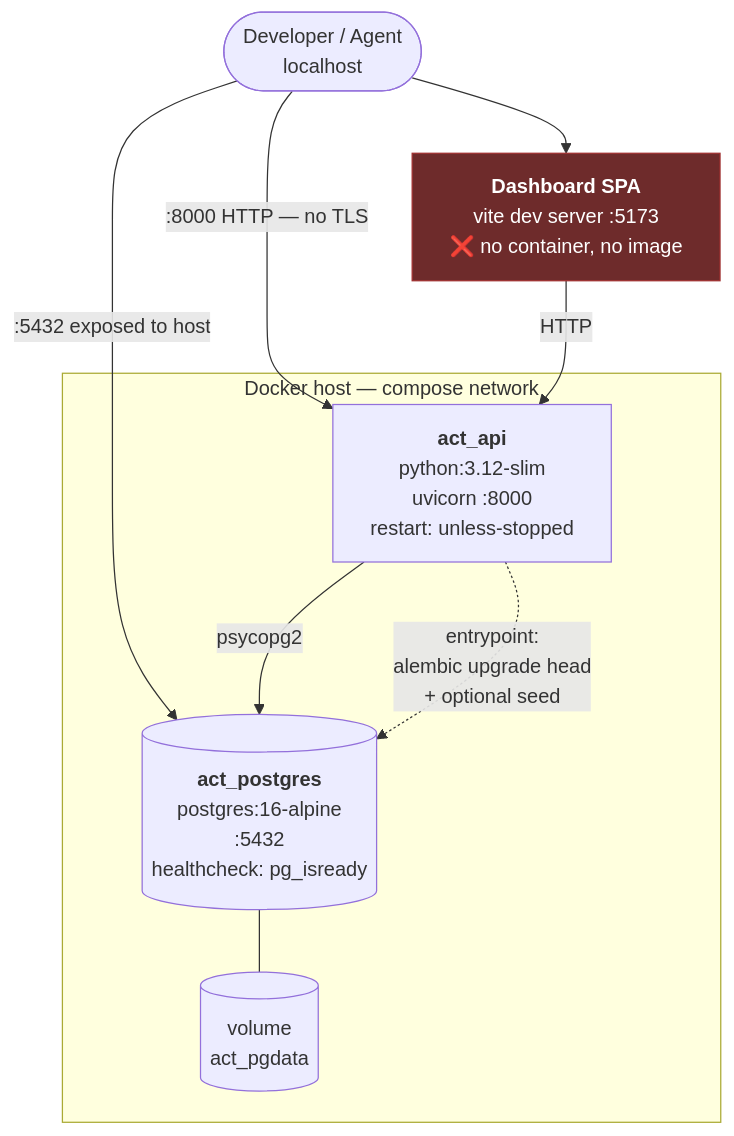
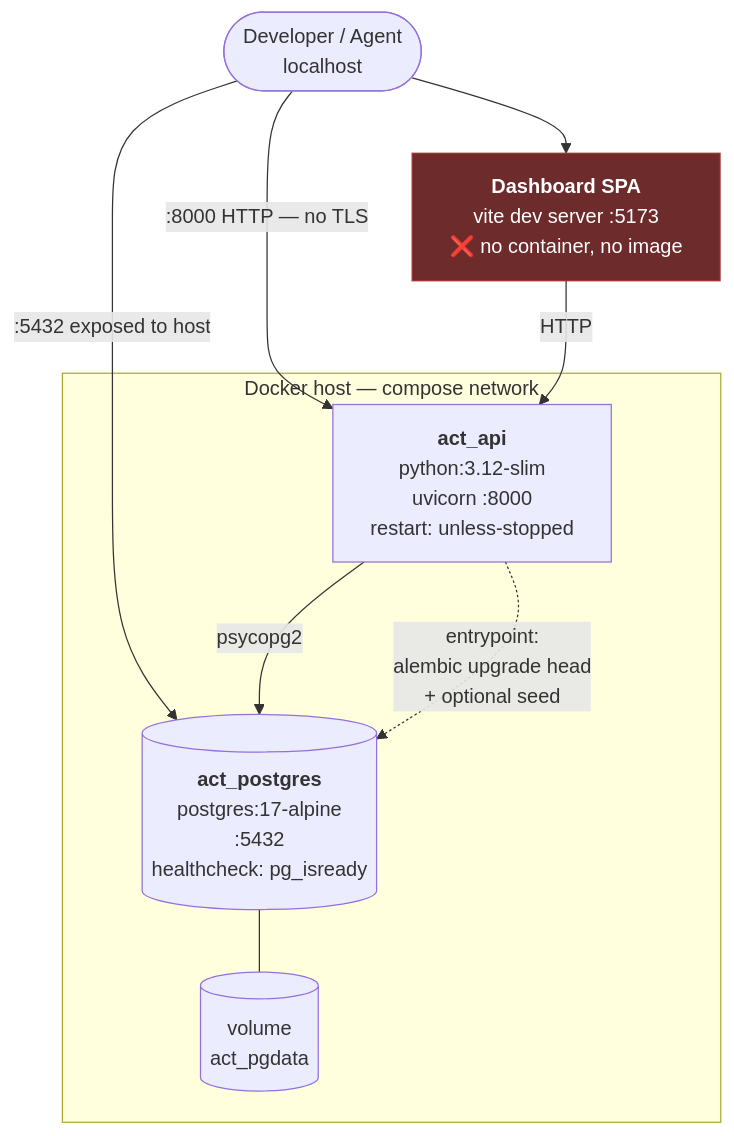
One commit to Umair-zaka-ui/ai-agent-control-tower changed the first of 3 diagrams in docs/architecture/deployment/deployment.md. Above: the diagram before and after it, drawn with Mermaid. The commit also changed other lines of this file and 12 other files, not shown here.

````diff
--- a/docs/architecture/deployment/deployment.md
+++ b/docs/architecture/deployment/deployment.md
@@ -11,24 +11,24 @@
 ```mermaid
 flowchart TB
     dev(["Developer / Agent<br/>localhost"])
 
     subgraph host["Docker host — compose network"]
         api["<b>act_api</b><br/>python:3.12-slim<br/>uvicorn :8000<br/>restart: unless-stopped"]
-        db[("<b>act_postgres</b><br/>postgres:16-alpine<br/>:5432<br/>healthcheck: pg_isready")]
+        db[("<b>act_postgres</b><br/>postgres:17-alpine<br/>:5432<br/>healthcheck: pg_isready")]
         vol[("volume<br/>act_pgdata")]
     end
 
     spa["<b>Dashboard SPA</b><br/>vite dev server :5173<br/>❌ no container, no image"]
 
     dev -->|":8000 HTTP — no TLS"| api
     dev -->|":5432 exposed to host"| db
     dev --> spa
     spa -->|"HTTP"| api
     api -->|"psycopg2"| db
     db --- vol
 
     api -.->|"entrypoint:<br/>alembic upgrade head<br/>+ optional seed"| db
 
     classDef bad fill:#6e2b2b,stroke:#a03030,color:#fff
     class spa bad
 ```
````
